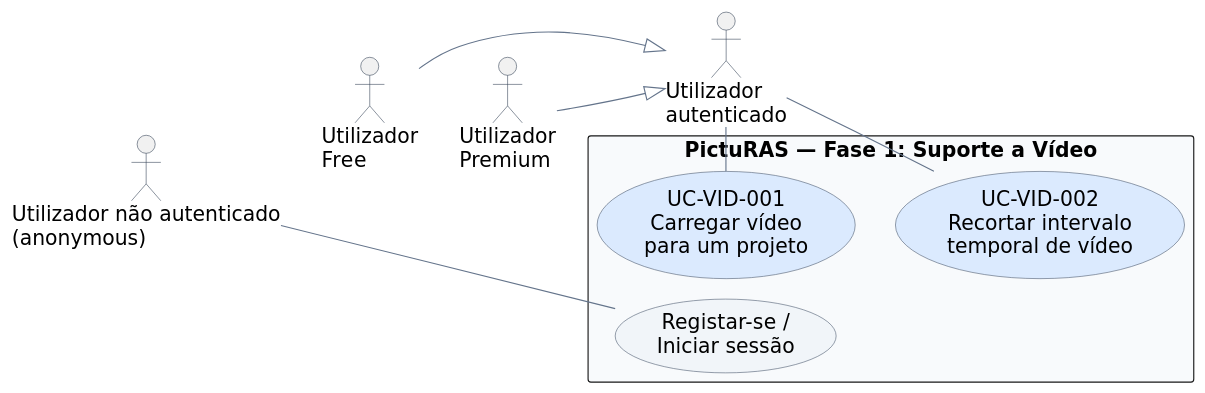
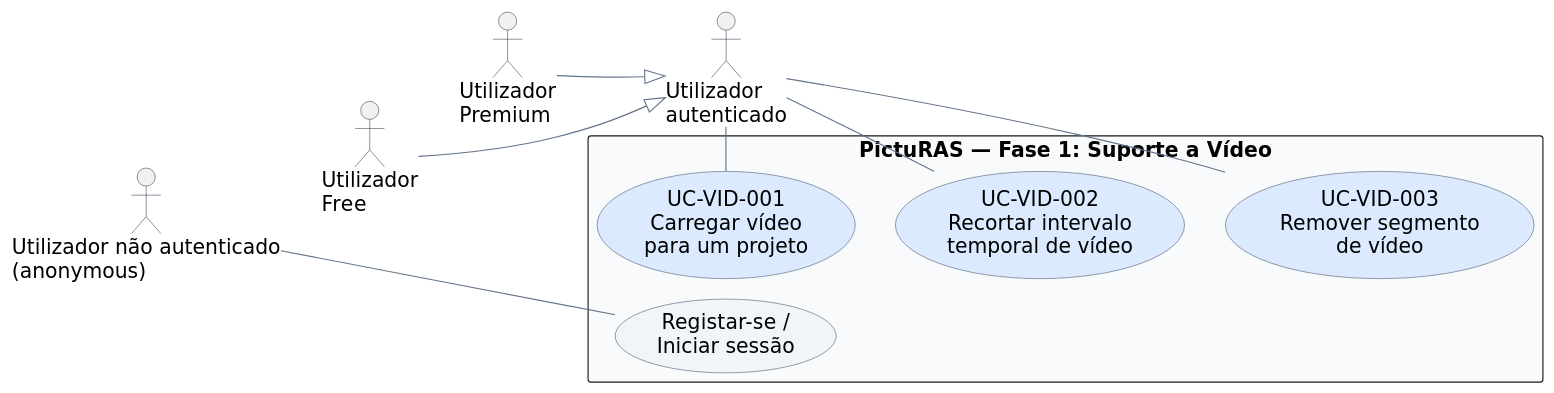
The diagram in fase1/report/images/picturas_usecases_video.puml (simaoaraujo27/picturas-27), drawn with PlantUML before and after one commit. The commit also changed 4 other files, not shown here.

```diff
--- a/fase1/report/images/picturas_usecases_video.puml
+++ b/fase1/report/images/picturas_usecases_video.puml
@@ -1,38 +1,41 @@
 @startuml
 !pragma layout smetana
 left to right direction
 
 skinparam backgroundColor #FFFFFF
 skinparam shadowing false
 skinparam defaultFontName DejaVu Sans
 skinparam defaultFontSize 18
 skinparam ActorBorderColor #334155
 skinparam ArrowColor #64748B
 skinparam UsecaseBorderColor #475569
 skinparam UsecaseBackgroundColor #EFF6FF
 skinparam nodesep 24
 skinparam ranksep 30
 
 actor "Utilizador\nautenticado" as Auth
 actor "Utilizador\nFree" as Free
 actor "Utilizador\nPremium" as Premium
 actor "Utilizador não autenticado\n(anonymous)" as Anonymous
 
 Free --|> Auth
 Premium --|> Auth
 Anonymous -[hidden]down- Free
 Free -[hidden]down- Premium
 Premium -[hidden]down- Auth
 
 rectangle "PictuRAS — Fase 1: Suporte a Vídeo" #F8FAFC {
   usecase "UC-VID-001\nCarregar vídeo\npara um projeto" as Upload #DBEAFE
   usecase "UC-VID-002\nRecortar intervalo\ntemporal de vídeo" as Trim #DBEAFE
   Upload -[hidden]down- Trim
+  usecase "UC-VID-003\nRemover segmento\nde vídeo" as RemoveSegment #DBEAFE
+  Trim -[hidden]down- RemoveSegment
   usecase "Registar-se /\nIniciar sessão" as Access #F1F5F9
 }
 
 Anonymous -right- Access
 Auth -right- Upload
 Auth -right- Trim
+Auth -right- RemoveSegment
 
 @enduml
```
